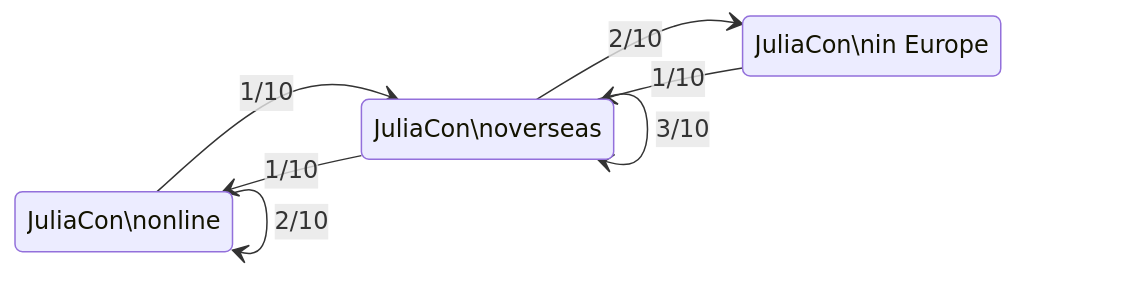
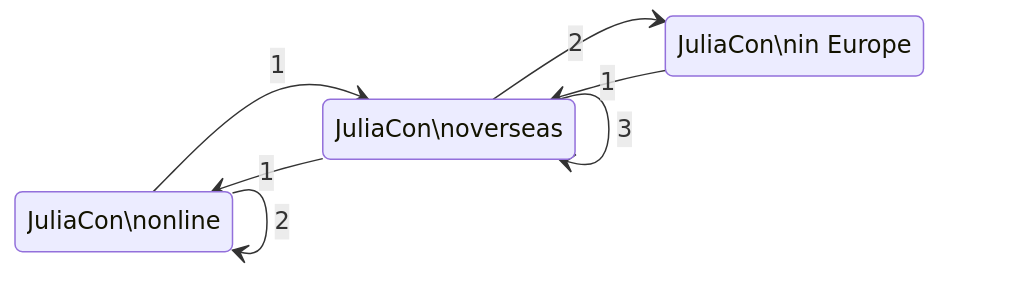
Before and after one commit to gdalle/JuliaCon2024-HMM: the first of 2 diagrams in index.qmd, drawn with Mermaid. The commit also changed other lines of this file and 4 other files, not shown here.

````diff
--- a/index.qmd
+++ b/index.qmd
@@ -86,14 +86,14 @@
 ```{mermaid}
 %%| echo: false
 stateDiagram-v2
   direction LR
   state "JuliaCon\nonline" as online
   state "JuliaCon\nin Europe" as europe
   state "JuliaCon\noverseas" as overseas
-  online --> overseas: 1/10
-  overseas --> online: 1/10
-  overseas --> europe: 2/10
-  europe --> overseas: 1/10
-  overseas --> overseas: 3/10
-  online --> online: 2/10
+  online --> overseas: 1
+  overseas --> online: 1
+  overseas --> europe: 2
+  europe --> overseas: 1
+  overseas --> overseas: 3
+  online --> online: 2
 ```
````
